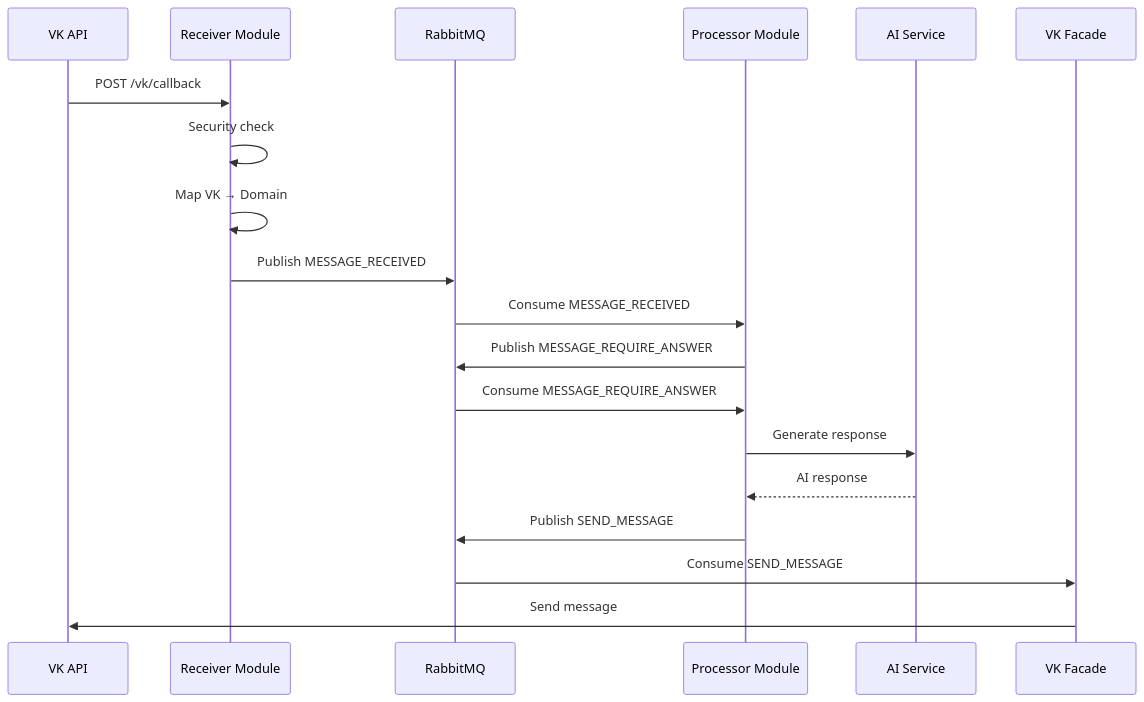
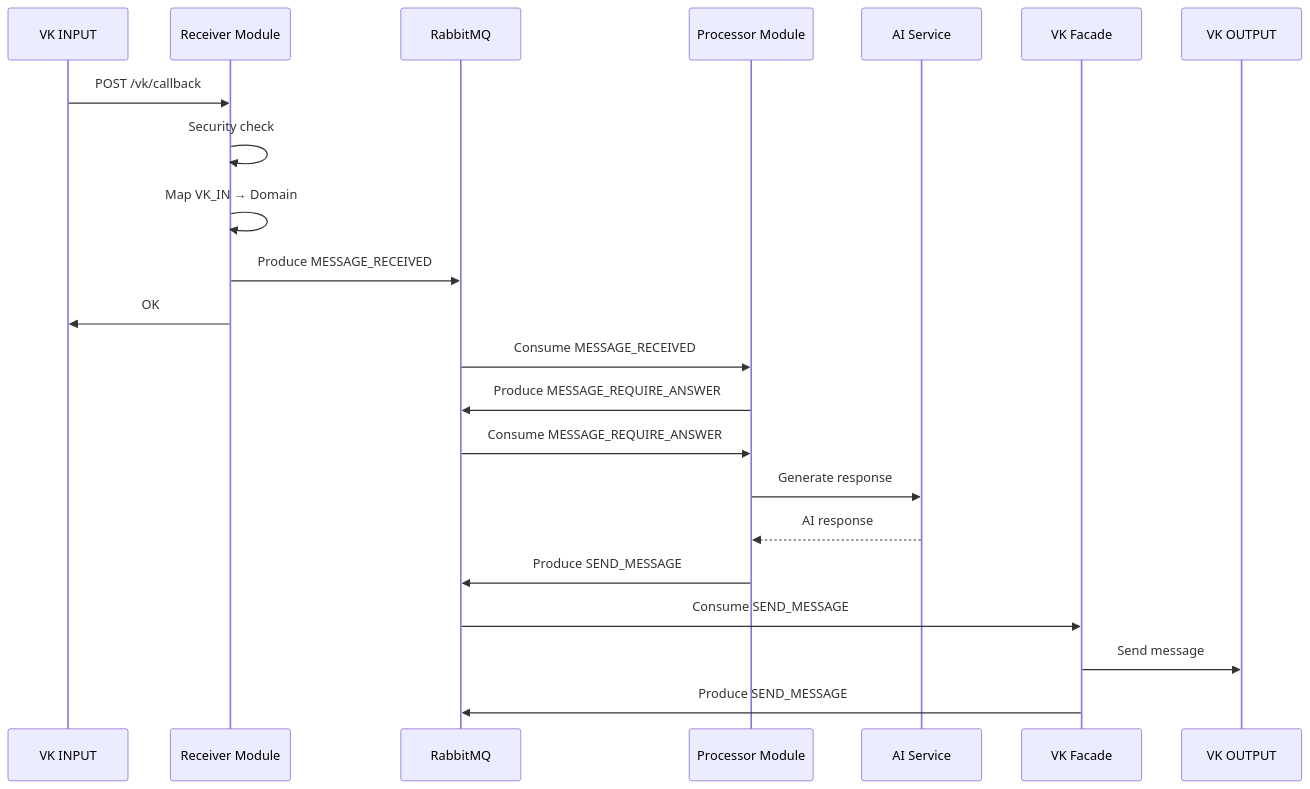
One commit to MaximenkovAnton/vkbot changed the diagram in docs/architecture/overview.md. Above: the diagram before and after it, drawn with Mermaid. The commit also changed other lines of this file and 1 other file, not shown here.

Commit message:
docs minor fixes

````diff
--- a/docs/architecture/overview.md
+++ b/docs/architecture/overview.md
@@ -65,22 +51,28 @@
 ```mermaid
 sequenceDiagram
-    participant VK as VK API
+    participant VK_IN as VK INPUT
     participant Receiver as Receiver Module
     participant MQ as RabbitMQ
     participant Processor as Processor Module
     participant AI as AI Service
     participant Facade as VK Facade
+    participant VK_OUT as VK OUTPUT
 
-    VK->>Receiver: POST /vk/callback
+    VK_IN->>Receiver: POST /vk/callback
     Receiver->>Receiver: Security check
-    Receiver->>Receiver: Map VK → Domain
-    Receiver->>MQ: Publish MESSAGE_RECEIVED
+    Receiver->>Receiver: Map VK_IN → Domain
+    Receiver->>MQ: Produce MESSAGE_RECEIVED
+    Receiver->>VK_IN: OK
+
     MQ->>Processor: Consume MESSAGE_RECEIVED
-    Processor->>MQ: Publish MESSAGE_REQUIRE_ANSWER
+    Processor->>MQ: Produce MESSAGE_REQUIRE_ANSWER
+
     MQ->>Processor: Consume MESSAGE_REQUIRE_ANSWER
     Processor->>AI: Generate response
     AI-->>Processor: AI response
-    Processor->>MQ: Publish SEND_MESSAGE
+    Processor->>MQ: Produce SEND_MESSAGE
     MQ->>Facade: Consume SEND_MESSAGE
-    Facade->>VK: Send message
+
+    Facade->>VK_OUT: Send message
+    Facade->>MQ: Produce SEND_MESSAGE
 ```
````
